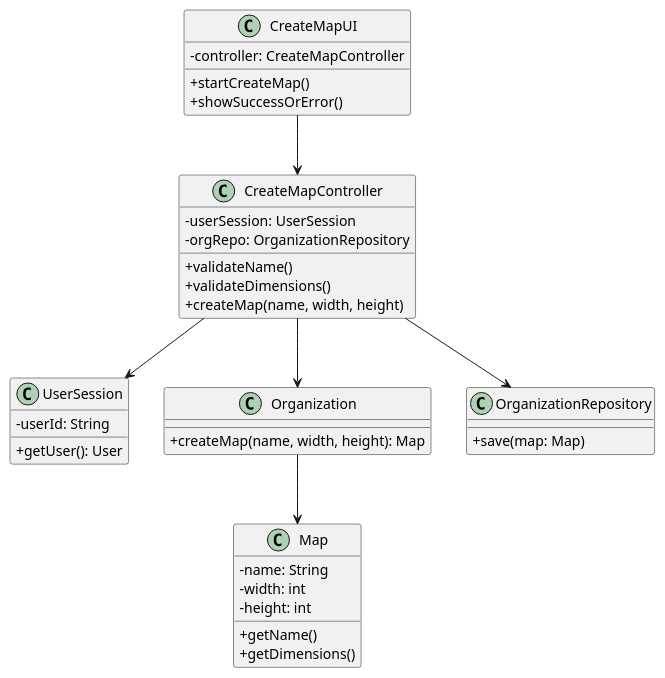
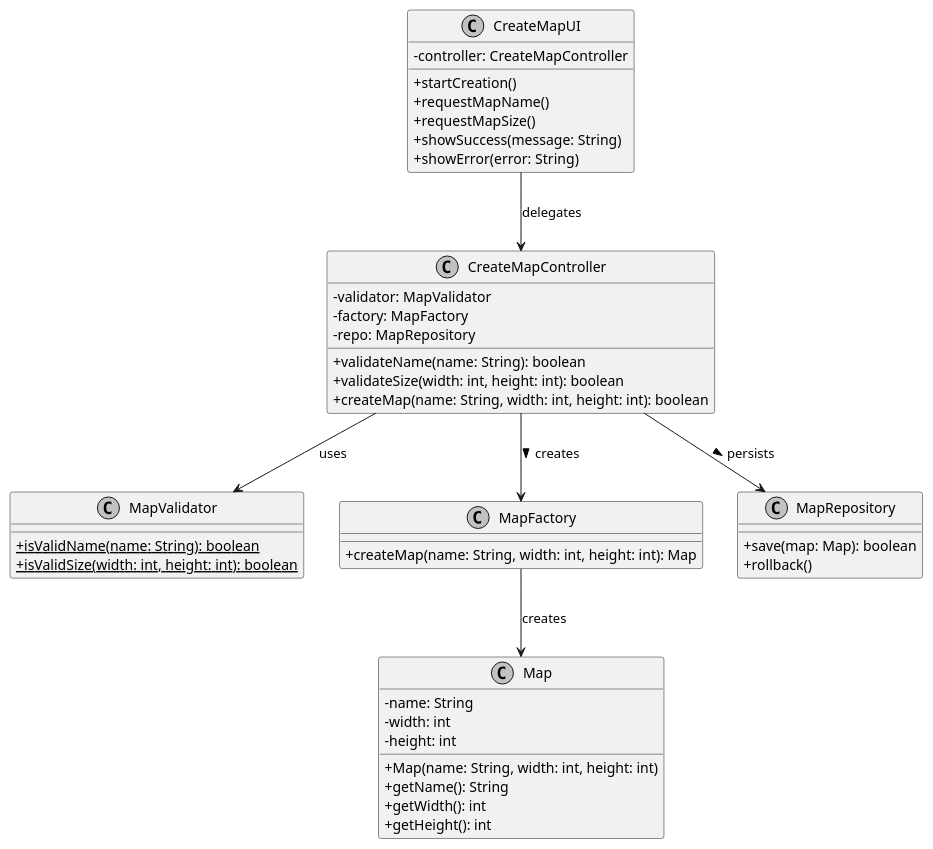
One commit to Andremonteiro1240850/railway_simulator changed the diagram in Sprint2/US01/03.design.us01/puml/US01-CD.puml. Above: the diagram before and after it, drawn with PlantUML. The commit also changed 2 other files, not shown here.

```diff
--- a/Sprint2/US01/03.design.us01/puml/US01-CD.puml
+++ b/Sprint2/US01/03.design.us01/puml/US01-CD.puml
@@ -1,54 +1,59 @@
 @startuml
 'https://plantuml.com/class-diagram
 
-'skinparam monochrome true
+skinparam monochrome true
 skinparam packageStyle rectangle
 skinparam shadowing false
 skinparam linetype polyline
-'skinparam linetype orto
-
 skinparam classAttributeIconSize 0
 
-'left to right direction
-
+' ==== Core Classes ====
 class CreateMapUI {
   - controller: CreateMapController
-  + startCreateMap()
-  + showSuccessOrError()
+  + startCreation()
+  + requestMapName()
+  + requestMapSize()
+  + showSuccess(message: String)
+  + showError(error: String)
 }
 
 class CreateMapController {
-  - userSession: UserSession
-  - orgRepo: OrganizationRepository
-  + validateName()
-  + validateDimensions()
-  + createMap(name, width, height)
+  - validator: MapValidator
+  - factory: MapFactory
+  - repo: MapRepository
+  + validateName(name: String): boolean
+  + validateSize(width: int, height: int): boolean
+  + createMap(name: String, width: int, height: int): boolean
 }
 
-class UserSession {
-  - userId: String
-  + getUser(): User
+class MapValidator {
+  + isValidName(name: String): boolean {static}
+  + isValidSize(width: int, height: int): boolean {static}
 }
 
-class Organization {
-  + createMap(name, width, height): Map
+class MapFactory {
+  + createMap(name: String, width: int, height: int): Map
 }
 
 class Map {
   - name: String
   - width: int
   - height: int
-  + getName()
-  + getDimensions()
+  + Map(name: String, width: int, height: int)
+  + getName(): String
+  + getWidth(): int
+  + getHeight(): int
 }
 
-class OrganizationRepository {
-  + save(map: Map)
+class MapRepository {
+  + save(map: Map): boolean
+  + rollback()
 }
 
-CreateMapUI --> CreateMapController
-CreateMapController --> UserSession
-CreateMapController --> Organization
-Organization --> Map
-CreateMapController --> OrganizationRepository
+' ==== Dependencies ====
+CreateMapUI --> CreateMapController : delegates
+CreateMapController --> MapValidator : uses
+CreateMapController --> MapFactory : creates >
+CreateMapController --> MapRepository : persists >
+MapFactory --> Map : creates
 @enduml
```
